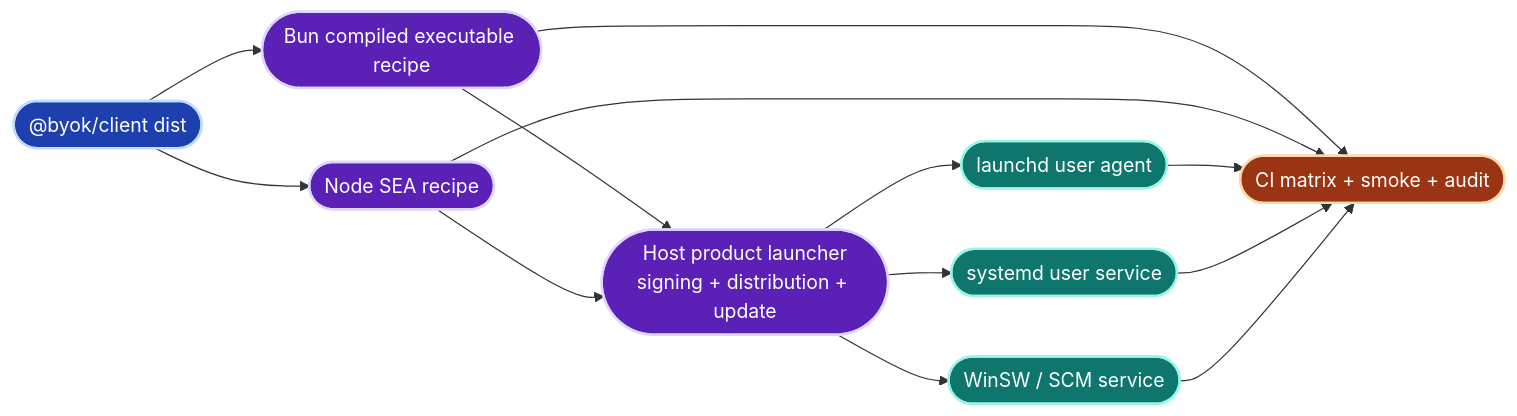
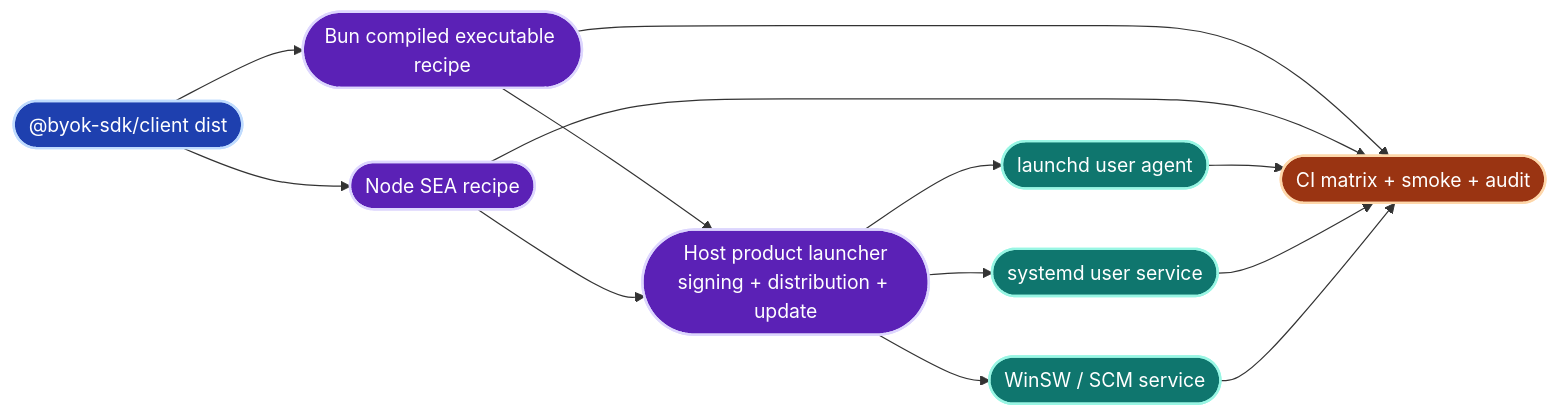
One commit to Ancienttwo/byok-sdk changed diagram 15 of 23 in docs/architecture/sdk-architecture.md. Above: the diagram before and after it, drawn with Mermaid. The commit also changed other lines of this file and 302 other files, not shown here.

Commit message:
feat(release): prepare full BYOK SDK npm graph

````diff
--- a/docs/architecture/sdk-architecture.md
+++ b/docs/architecture/sdk-architecture.md
@@ -852,27 +870,27 @@
 ```mermaid
 flowchart LR
   classDef source fill:#1e40af,stroke:#bfdbfe,stroke-width:2px,color:#fff
   classDef package fill:#5b21b6,stroke:#ddd6fe,stroke-width:2px,color:#fff
   classDef service fill:#0f766e,stroke:#99f6e4,stroke-width:2px,color:#fff
   classDef verify fill:#9a3412,stroke:#fed7aa,stroke-width:2px,color:#fff
 
-  Client(["@byok/client dist"]):::source
+  Client(["@byok-sdk/client dist"]):::source
   Bun(["Bun compiled executable recipe"]):::package
   SEA(["Node SEA recipe"]):::package
   Product(["Host product launcher<br/>signing + distribution + update"]):::package
   Launchd(["launchd user agent"]):::service
   Systemd(["systemd user service"]):::service
   WinSW(["WinSW / SCM service"]):::service
   CI(["CI matrix + smoke + audit"]):::verify
 
   Client --> Bun --> Product
   Client --> SEA --> Product
   Product --> Launchd
   Product --> Systemd
   Product --> WinSW
   Bun --> CI
   SEA --> CI
   Launchd --> CI
   Systemd --> CI
   WinSW --> CI
 ```
````
